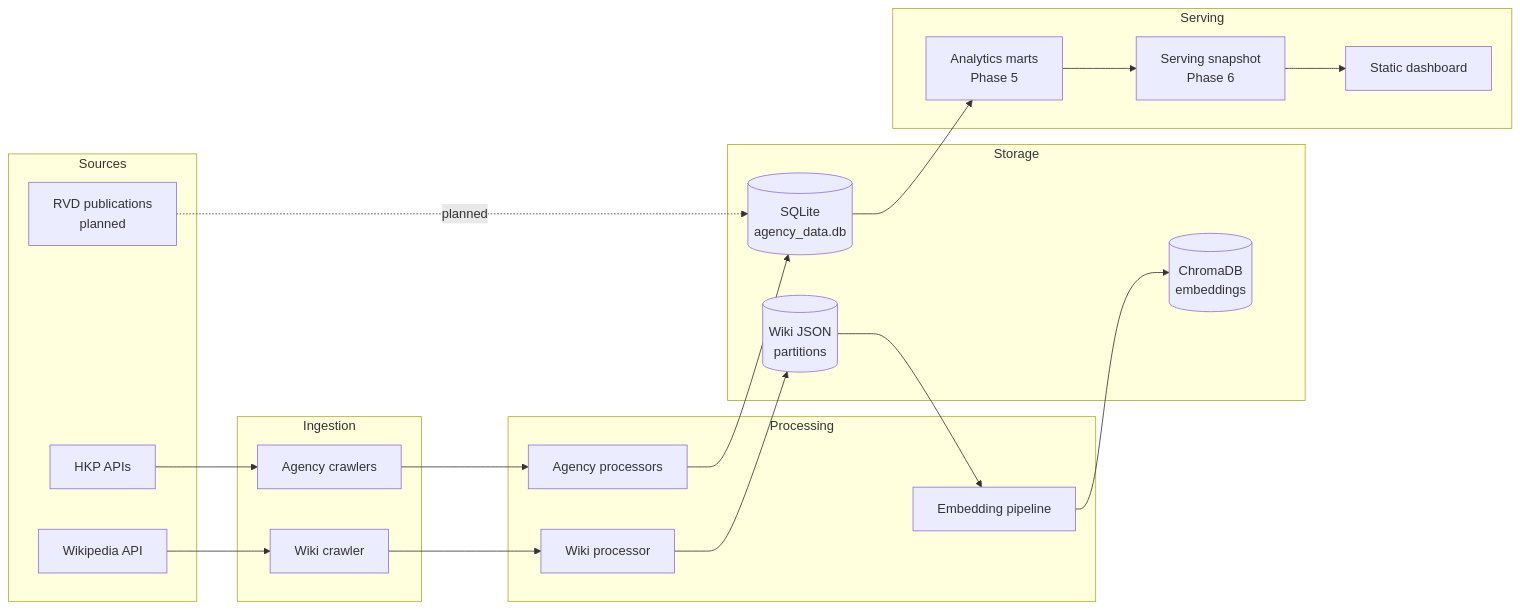
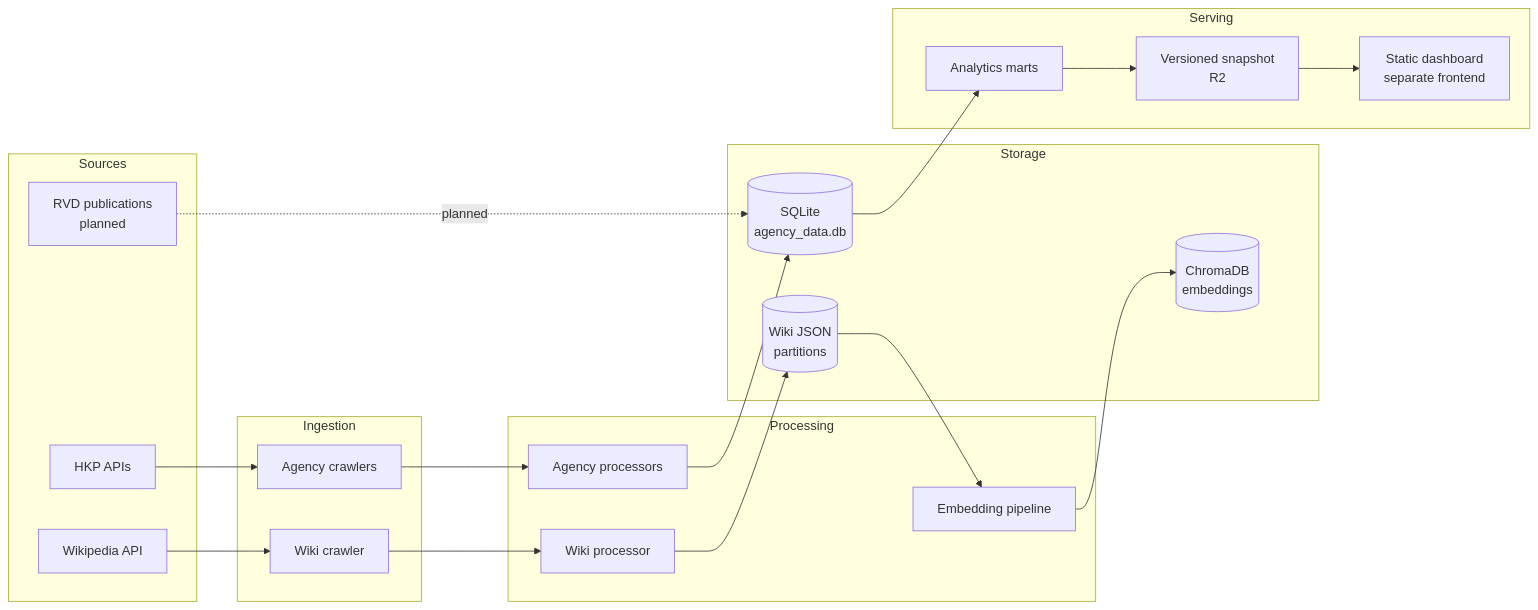
One commit to monitus2022/HK_Housing_Datahub changed the diagram in README.md. Above: the diagram before and after it, drawn with Mermaid. The commit also changed other lines of this file and 6 other files, not shown here.

````diff
--- a/README.md
+++ b/README.md
@@ -27,37 +29,37 @@
 ```mermaid
 flowchart LR
     subgraph Sources
         HKP[HKP APIs]
         WIKI[Wikipedia API]
         RVD[RVD publications<br/>planned]
     end
 
     subgraph Ingestion
         AC[Agency crawlers]
         WC[Wiki crawler]
     end
 
     subgraph Processing
         AP[Agency processors]
         WP[Wiki processor]
         EP[Embedding pipeline]
     end
 
     subgraph Storage
         DB[(SQLite<br/>agency_data.db)]
         JSON[(Wiki JSON<br/>partitions)]
         CH[(ChromaDB<br/>embeddings)]
     end
 
     subgraph Serving
-        MART[Analytics marts<br/>Phase 5]
-        SNAP[Serving snapshot<br/>Phase 6]
-        DASH[Static dashboard]
+        MART[Analytics marts]
+        SNAP[Versioned snapshot<br/>R2]
+        DASH[Static dashboard<br/>separate frontend]
     end
 
     HKP --> AC --> AP --> DB
     WIKI --> WC --> WP --> JSON
     JSON --> EP --> CH
     DB --> MART --> SNAP --> DASH
     RVD -. planned .-> DB
 ```
````
